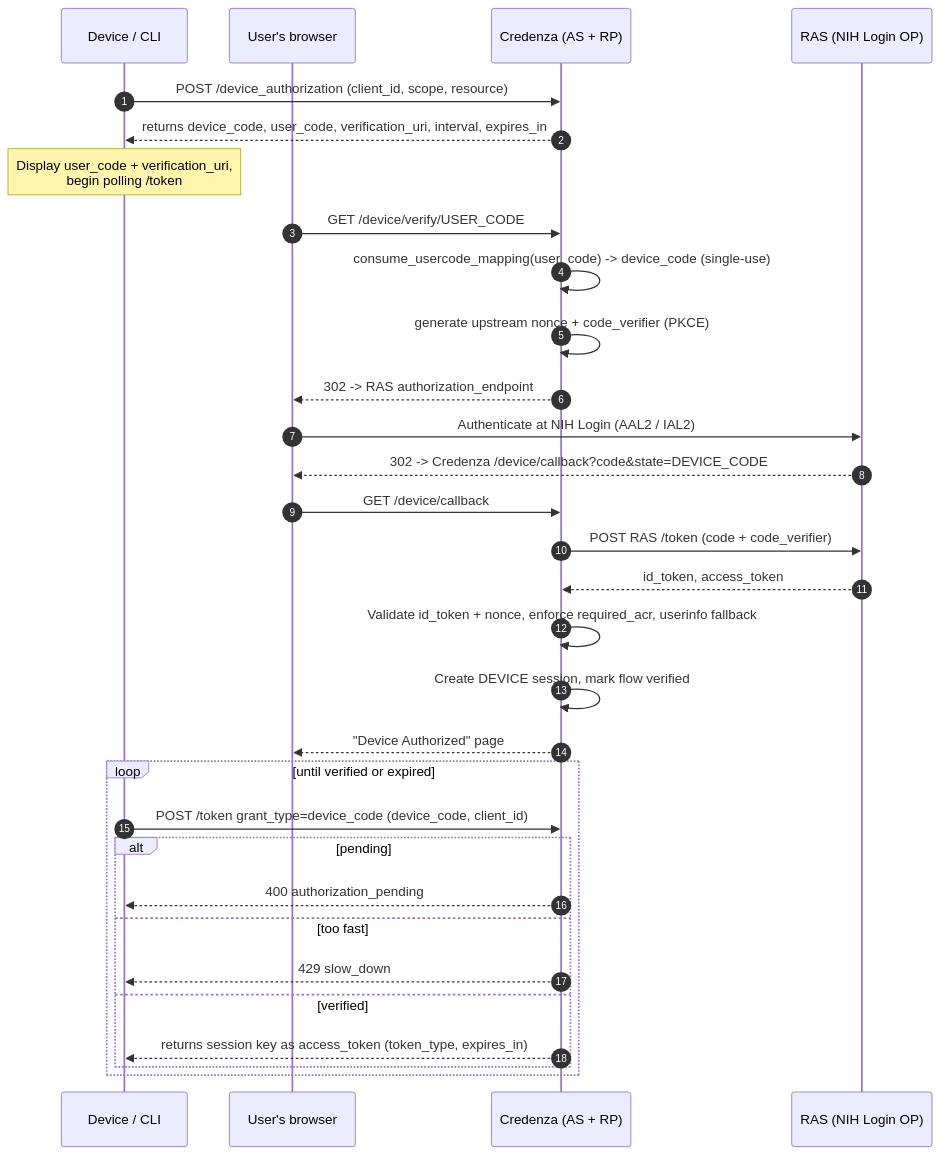
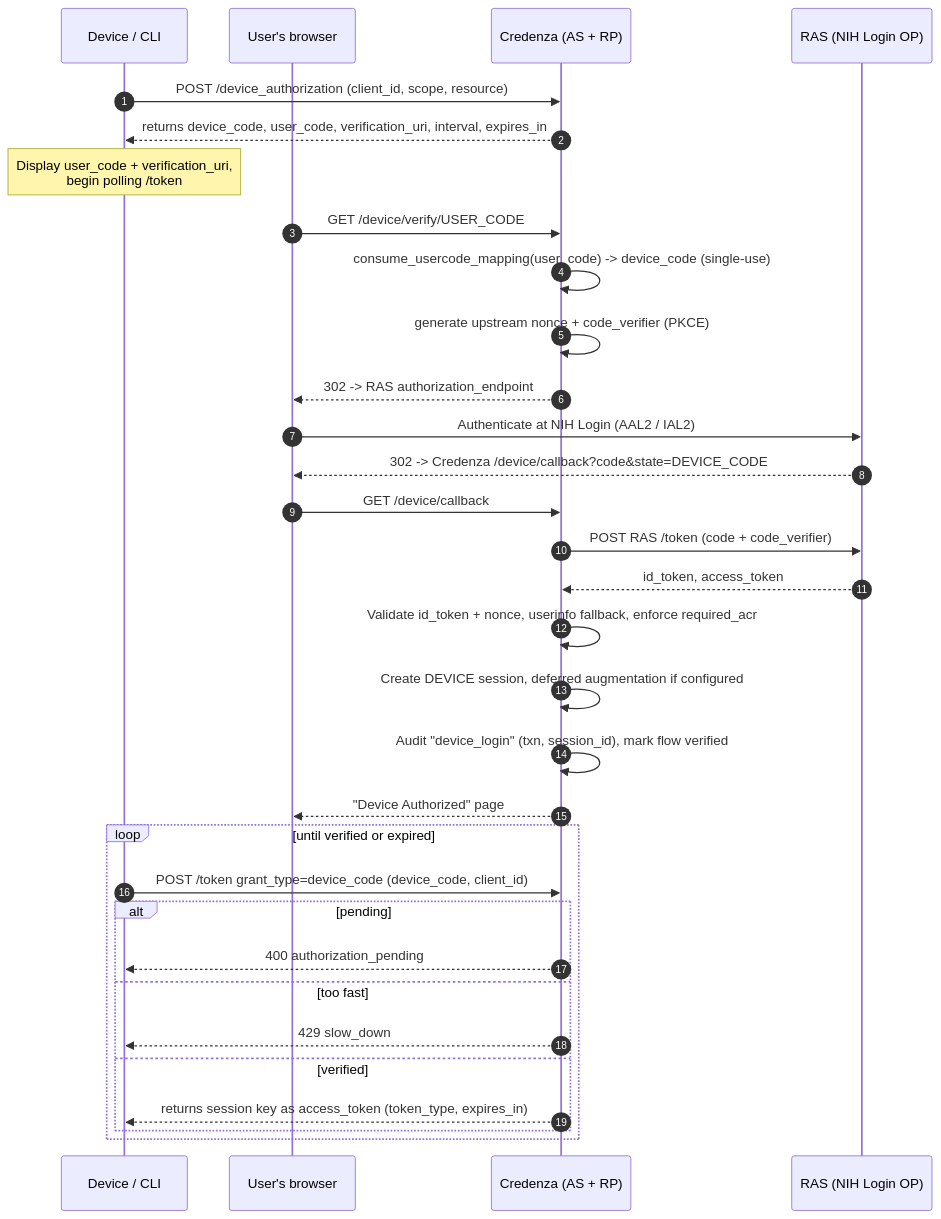
The fourth of 4 diagrams in docs/nih-ras-oidc-flows.md (informatics-isi-edu/credenza), drawn with Mermaid before and after one commit. The commit also changed other lines of this file and 16 other files, not shown here.

````diff
--- a/docs/nih-ras-oidc-flows.md
+++ b/docs/nih-ras-oidc-flows.md
@@ -366,34 +444,35 @@
 ```mermaid
 sequenceDiagram
     autonumber
     participant D as Device / CLI
     participant U as User's browser
     participant Z as Credenza (AS + RP)
     participant R as RAS (NIH Login OP)
 
     D->>Z: POST /device_authorization (client_id, scope, resource)
     Z-->>D: returns device_code, user_code, verification_uri, interval, expires_in
     Note over D: Display user_code + verification_uri,<br/>begin polling /token
     U->>Z: GET /device/verify/USER_CODE
     Z->>Z: consume_usercode_mapping(user_code) -> device_code (single-use)
     Z->>Z: generate upstream nonce + code_verifier (PKCE)
     Z-->>U: 302 -> RAS authorization_endpoint
     U->>R: Authenticate at NIH Login (AAL2 / IAL2)
     R-->>U: 302 -> Credenza /device/callback?code&state=DEVICE_CODE
     U->>Z: GET /device/callback
     Z->>R: POST RAS /token (code + code_verifier)
     R-->>Z: id_token, access_token
-    Z->>Z: Validate id_token + nonce, enforce required_acr, userinfo fallback
-    Z->>Z: Create DEVICE session, mark flow verified
+    Z->>Z: Validate id_token + nonce, userinfo fallback, enforce required_acr
+    Z->>Z: Create DEVICE session, deferred augmentation if configured
+    Z->>Z: Audit "device_login" (txn, session_id), mark flow verified
     Z-->>U: "Device Authorized" page
     loop until verified or expired
         D->>Z: POST /token grant_type=device_code (device_code, client_id)
         alt pending
             Z-->>D: 400 authorization_pending
         else too fast
             Z-->>D: 429 slow_down
         else verified
             Z-->>D: returns session key as access_token (token_type, expires_in)
         end
     end
 ```
````
